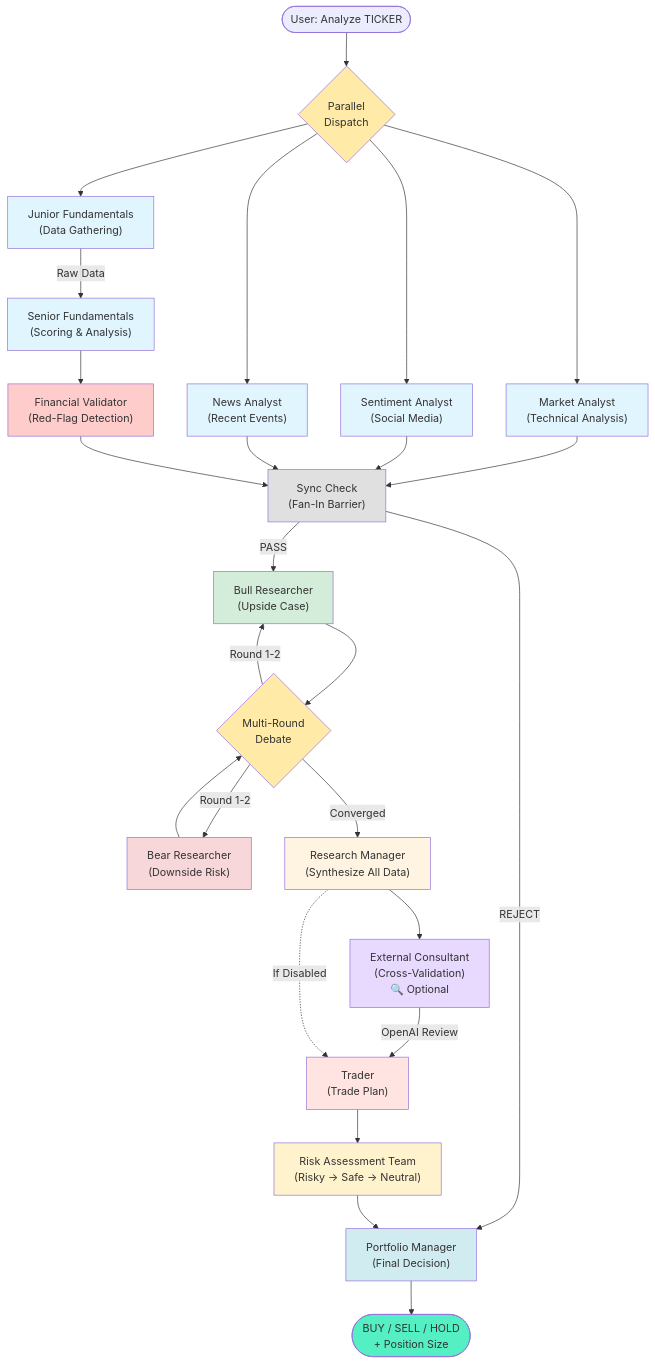
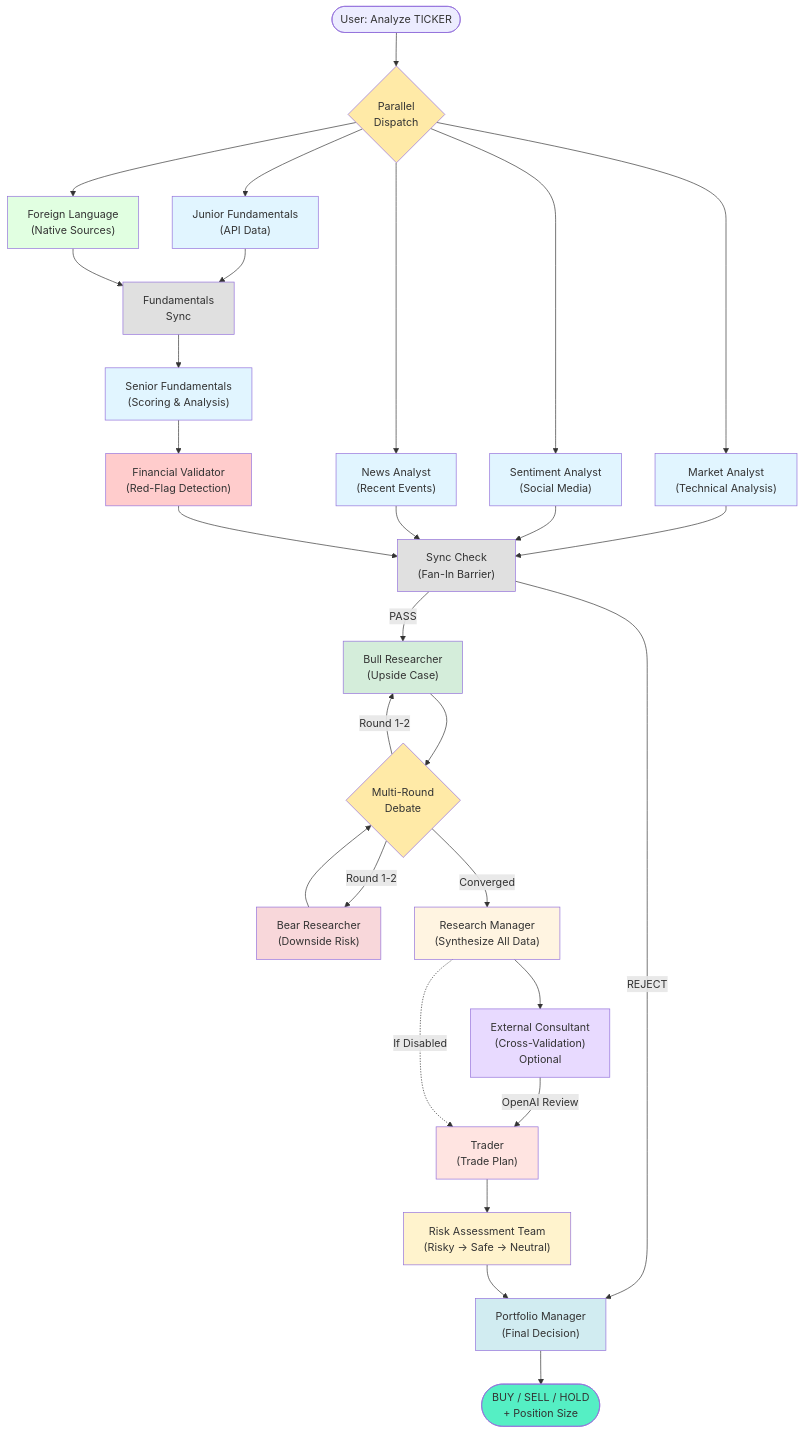
Before and after one commit to rgoerwit/ai-investment-agent: the diagram in README.md, drawn with Mermaid. The commit also changed other lines of this file and 13 other files, not shown here.

````diff
--- a/README.md
+++ b/README.md
@@ -40,60 +40,65 @@
 ```mermaid
 graph TB
     Start([User: Analyze TICKER]) --> Dispatcher{Parallel<br/>Dispatch}
 
-    %% Parallel Fan-Out: 4 branches run simultaneously
+    %% Parallel Fan-Out: 5 branches run simultaneously
     Dispatcher --> MarketAnalyst["Market Analyst<br/>(Technical Analysis)"]
     Dispatcher --> SentimentAnalyst["Sentiment Analyst<br/>(Social Media)"]
     Dispatcher --> NewsAnalyst["News Analyst<br/>(Recent Events)"]
-    Dispatcher --> JuniorFund["Junior Fundamentals<br/>(Data Gathering)"]
+    Dispatcher --> JuniorFund["Junior Fundamentals<br/>(API Data)"]
+    Dispatcher --> ForeignLang["Foreign Language<br/>(Native Sources)"]
 
-    %% Each analyst has tool-calling loop (simplified)
+    %% Market/Sentiment/News go directly to main Sync Check
     MarketAnalyst --> SyncCheck["Sync Check<br/>(Fan-In Barrier)"]
     SentimentAnalyst --> SyncCheck
     NewsAnalyst --> SyncCheck
 
-    %% Fundamentals chain is longer
-    JuniorFund -->|Raw Data| SeniorFund["Senior Fundamentals<br/>(Scoring & Analysis)"]
+    %% Fundamentals sub-graph: Junior + Foreign sync first
+    JuniorFund --> FundSync["Fundamentals<br/>Sync"]
+    ForeignLang --> FundSync
+    FundSync --> SeniorFund["Senior Fundamentals<br/>(Scoring & Analysis)"]
     SeniorFund --> Validator["Financial Validator<br/>(Red-Flag Detection)"]
     Validator --> SyncCheck
 
-    %% After all 4 branches complete
+    %% After all branches complete
     SyncCheck -->|REJECT| PortfolioManager["Portfolio Manager<br/>(Final Decision)"]
     SyncCheck -->|PASS| BullResearcher["Bull Researcher<br/>(Upside Case)"]
 
     BullResearcher --> Debate{Multi-Round<br/>Debate}
     BearResearcher["Bear Researcher<br/>(Downside Risk)"] --> Debate
 
     Debate -->|Round 1-2| BullResearcher
     Debate -->|Round 1-2| BearResearcher
     Debate -->|Converged| ResearchManager["Research Manager<br/>(Synthesize All Data)"]
 
-    ResearchManager --> Consultant["External Consultant<br/>(Cross-Validation)<br/>🔍 Optional"]
+    ResearchManager --> Consultant["External Consultant<br/>(Cross-Validation)<br/>Optional"]
 
     Consultant -->|OpenAI Review| Trader["Trader<br/>(Trade Plan)"]
     ResearchManager -.->|If Disabled| Trader
 
     Trader --> RiskTeam["Risk Assessment Team<br/>(Risky → Safe → Neutral)"]
 
     RiskTeam --> PortfolioManager
 
     PortfolioManager --> Decision([BUY / SELL / HOLD<br/>+ Position Size])
 
     style Dispatcher fill:#ffeaa7
     style MarketAnalyst fill:#e1f5ff
     style NewsAnalyst fill:#e1f5ff
     style SentimentAnalyst fill:#e1f5ff
     style JuniorFund fill:#e1f5ff
+    style ForeignLang fill:#e1ffe1
+    style FundSync fill:#e0e0e0
     style SeniorFund fill:#e1f5ff
     style Validator fill:#ffcccc
     style SyncCheck fill:#e0e0e0
     style ResearchManager fill:#fff4e1
     style BullResearcher fill:#d4edda
     style BearResearcher fill:#f8d7da
     style Consultant fill:#e8daff
     style Trader fill:#ffe4e1
     style RiskTeam fill:#fff3cd
     style PortfolioManager fill:#d1ecf1
     style Debate fill:#ffeaa7
     style Decision fill:#55efc4
 ```
````
